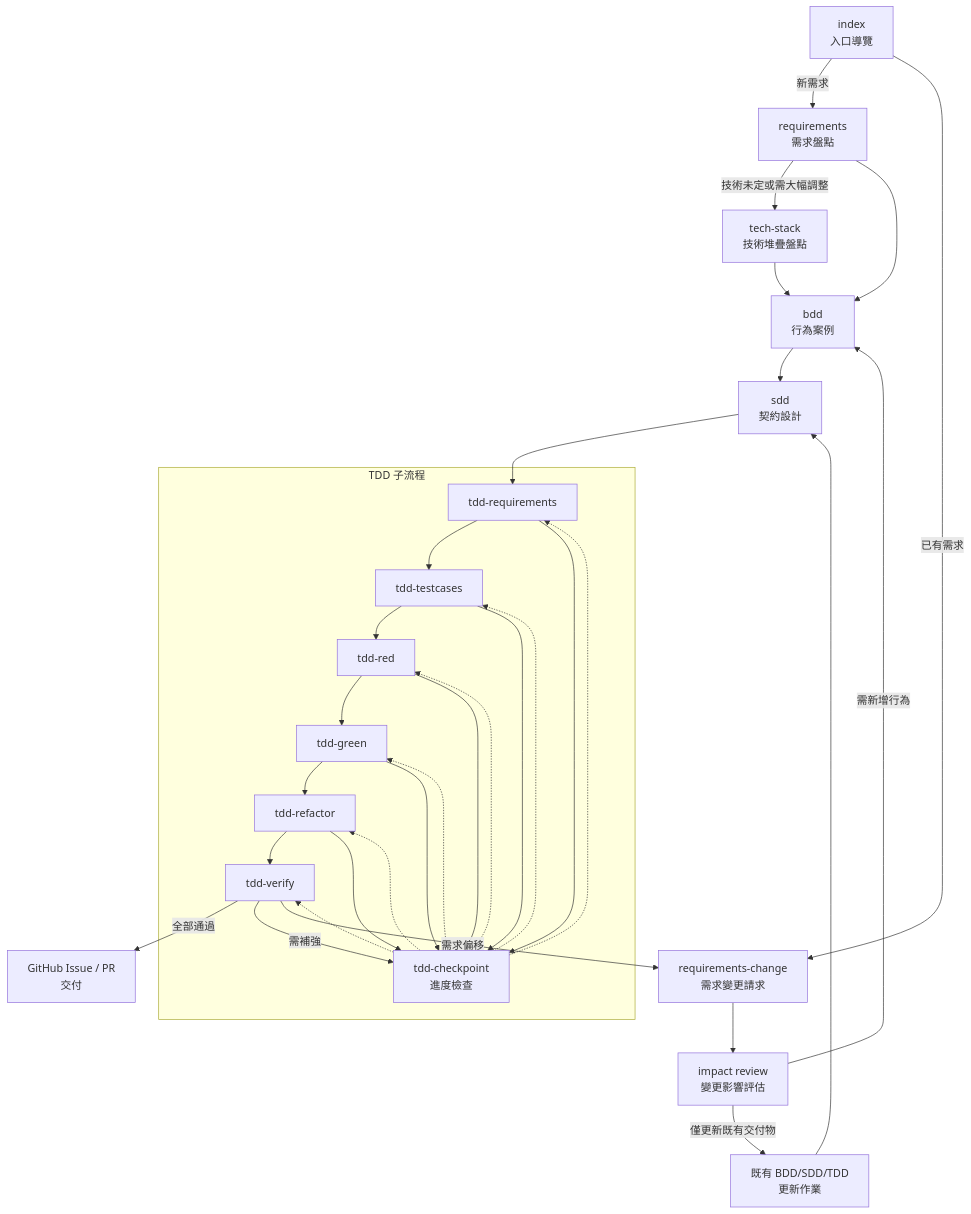
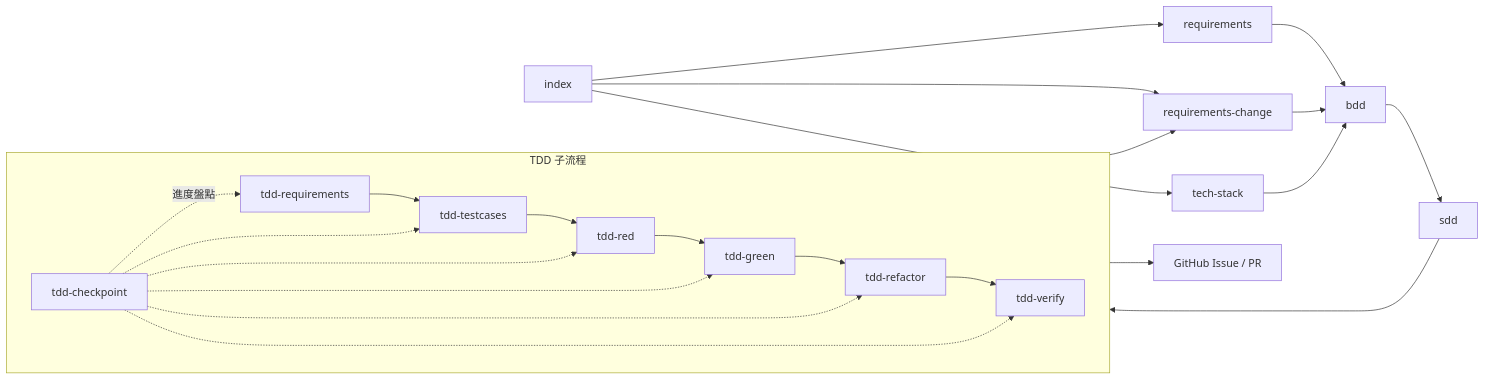
Before and after one commit to hsiangjenli/prompts: the diagram in README.md, drawn with Mermaid. The commit also changed other lines of this file and 14 other files, not shown here.

````diff
--- a/README.md
+++ b/README.md
@@ -44,45 +46,27 @@
 ```mermaid
-flowchart TB
-    PI[index
-入口導覽] -->|新需求| PRQ[requirements
-需求盤點]
-    PI -->|已有需求| PRC[requirements-change
-需求變更請求]
-    PRQ -->|技術未定或需大幅調整| TS[tech-stack
-技術堆疊盤點]
-    PRQ --> PBDD[bdd
-行為案例]
-    PRC --> PRV[impact review
-變更影響評估]
-    PRV -->|僅更新既有交付物| PUPD[既有 BDD/SDD/TDD
-更新作業]
-    PRV -->|需新增行為| PBDD
-    TS --> PBDD
-    PUPD --> PSDD
-    PBDD --> PSDD[sdd
-契約設計]
-    PSDD --> TRQ[tdd-requirements]
+flowchart LR
+    INDEX[index] --> REQUIRE[requirements]
+    INDEX --> REQCHANGE[requirements-change]
+    INDEX --> TECH[tech-stack]
+    REQUIRE --> BDD[bdd]
+    REQCHANGE --> BDD
+    TECH --> BDD
+    BDD --> SDD[sdd]
+    SDD --> TDDREQ[tdd-requirements]
     subgraph "TDD 子流程"
-        TRQ --> TTC[tdd-testcases]
-        TTC --> TRD[tdd-red]
-        TRD --> TGR[tdd-green]
-        TGR --> TRF[tdd-refactor]
-        TRF --> TVF[tdd-verify]
-        PTDD[tdd-checkpoint
-進度檢查] -.-> TRQ
-        PTDD -.-> TTC
-        PTDD -.-> TRD
-        PTDD -.-> TGR
-        PTDD -.-> TRF
-        PTDD -.-> TVF
-        TRQ --> PTDD
-        TTC --> PTDD
-        TRD --> PTDD
-        TGR --> PTDD
-        TRF --> PTDD
+        direction LR
+        TDDREQ --> TDDCASE[tdd-testcases]
+        TDDCASE --> TDDRED[tdd-red]
+        TDDRED --> TDDGREEN[tdd-green]
+        TDDGREEN --> TDDREF[tdd-refactor]
+        TDDREF --> TDDVERIFY[tdd-verify]
+        TDDCHECK[tdd-checkpoint] -.進度盤點.-> TDDREQ
+        TDDCHECK -.-> TDDCASE
+        TDDCHECK -.-> TDDRED
+        TDDCHECK -.-> TDDGREEN
+        TDDCHECK -.-> TDDREF
+        TDDCHECK -.-> TDDVERIFY
     end
-    TVF -->|全部通過| GH[GitHub Issue / PR
-交付]
-    TVF -->|需補強| PTDD
-    TVF -->|需求偏移| PRC
+    TDDVERIFY --> DELIVER[GitHub Issue / PR]
+    TDDVERIFY --> REQCHANGE
 ```
````
